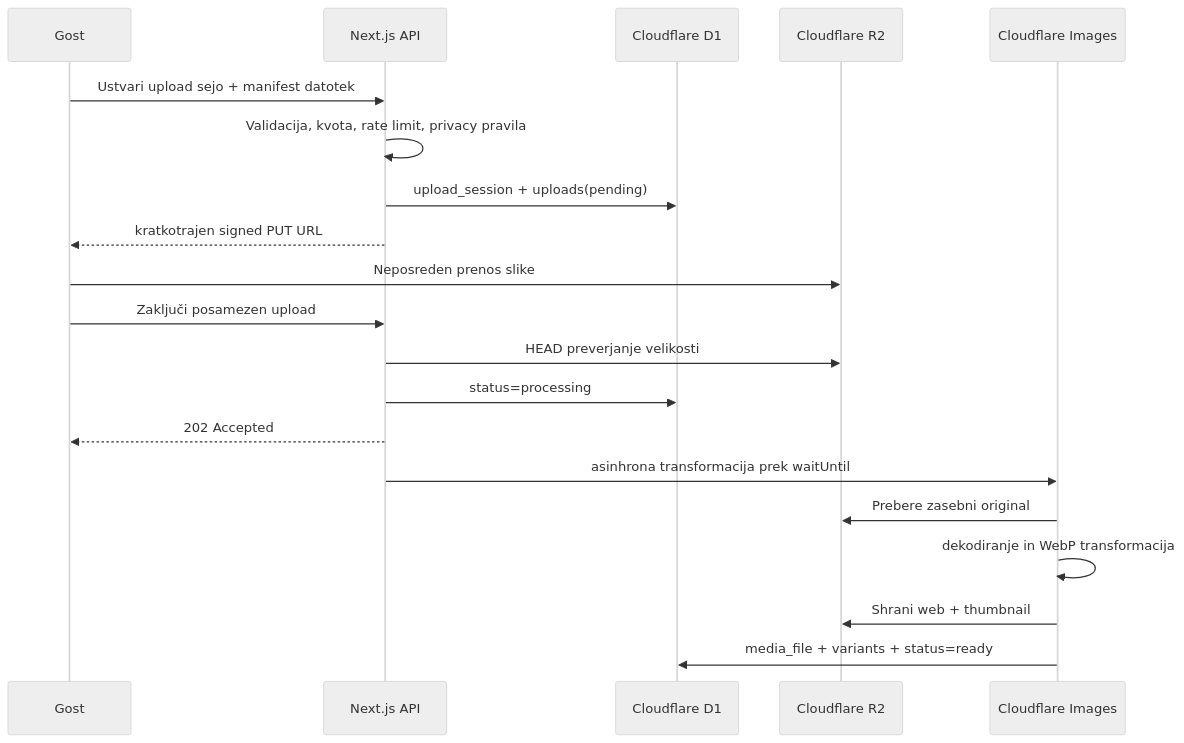
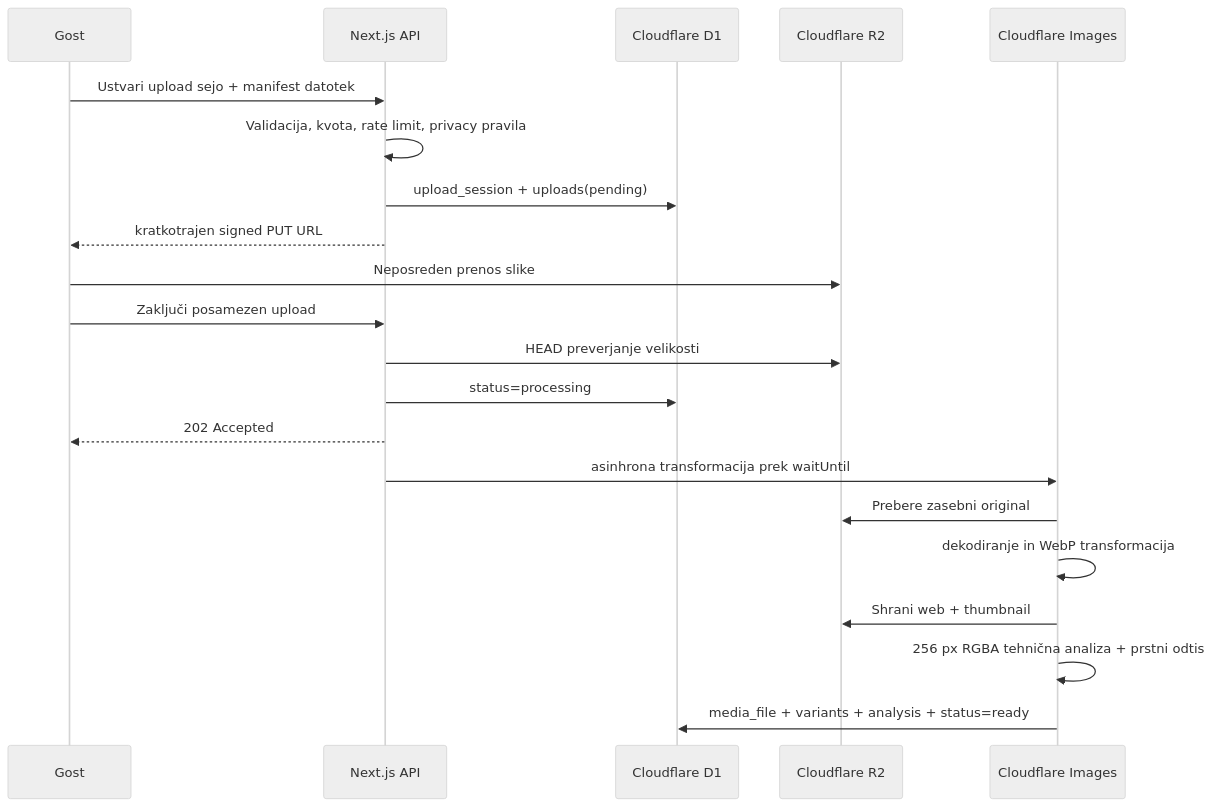
One commit to pmitja/eventaj-galerija changed the diagram in docs/ARCHITECTURE.md. Above: the diagram before and after it, drawn with Mermaid (neutral theme). The commit also changed other lines of this file and 104 other files, not shown here.

````diff
--- a/docs/ARCHITECTURE.md
+++ b/docs/ARCHITECTURE.md
@@ -50,23 +52,24 @@
 ```mermaid
 sequenceDiagram
   participant G as Gost
   participant W as Next.js API
   participant D as Cloudflare D1
   participant S as Cloudflare R2
   participant M as Cloudflare Images
 
   G->>W: Ustvari upload sejo + manifest datotek
   W->>W: Validacija, kvota, rate limit, privacy pravila
   W->>D: upload_session + uploads(pending)
   W-->>G: kratkotrajen signed PUT URL
   G->>S: Neposreden prenos slike
   G->>W: Zaključi posamezen upload
   W->>S: HEAD preverjanje velikosti
   W->>D: status=processing
   W-->>G: 202 Accepted
   W->>M: asinhrona transformacija prek waitUntil
   M->>S: Prebere zasebni original
   M->>M: dekodiranje in WebP transformacija
   M->>S: Shrani web + thumbnail
-  M->>D: media_file + variants + status=ready
+  M->>M: 256 px RGBA tehnična analiza + prstni odtis
+  M->>D: media_file + variants + analysis + status=ready
 ```
````
